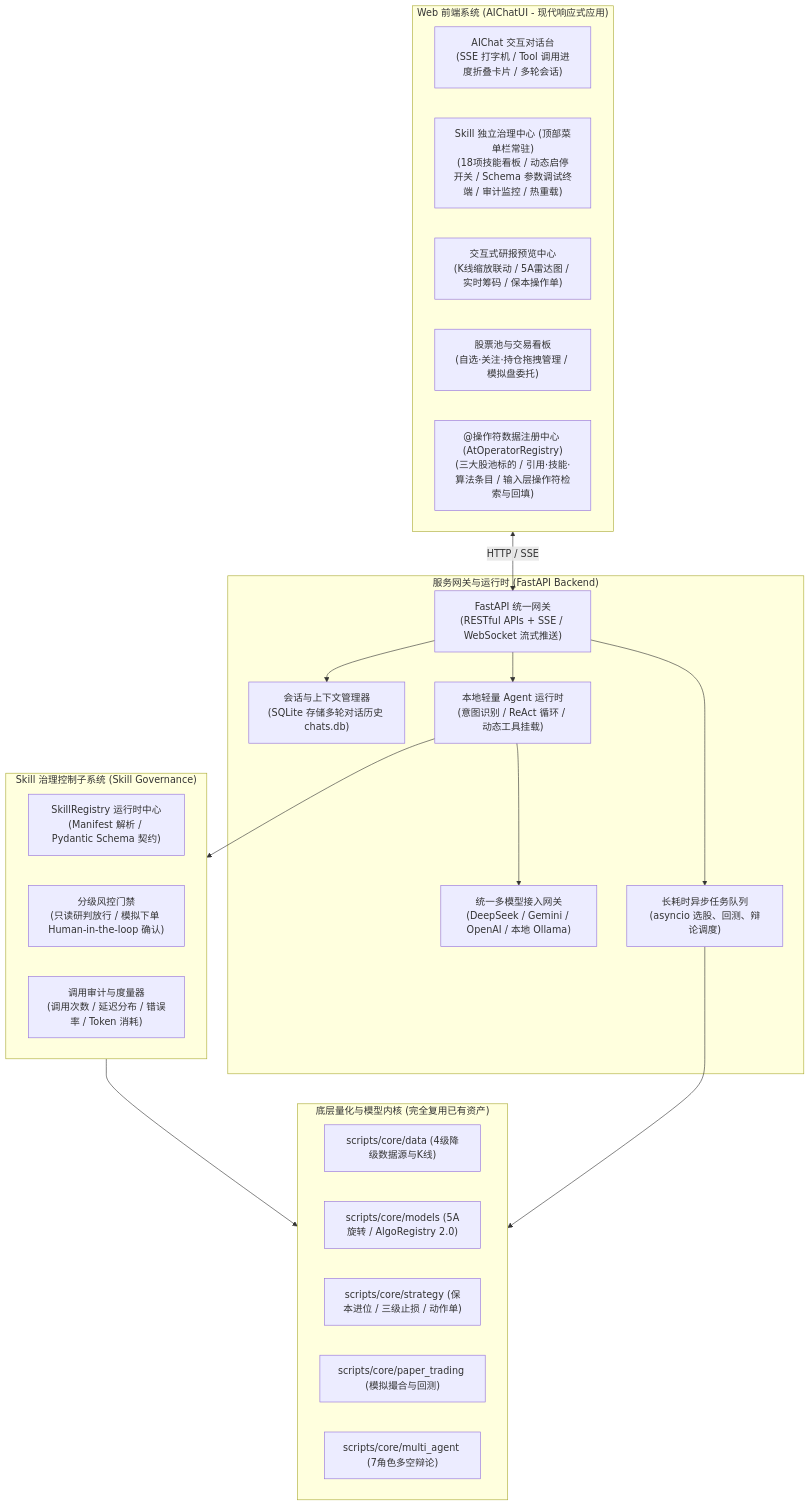
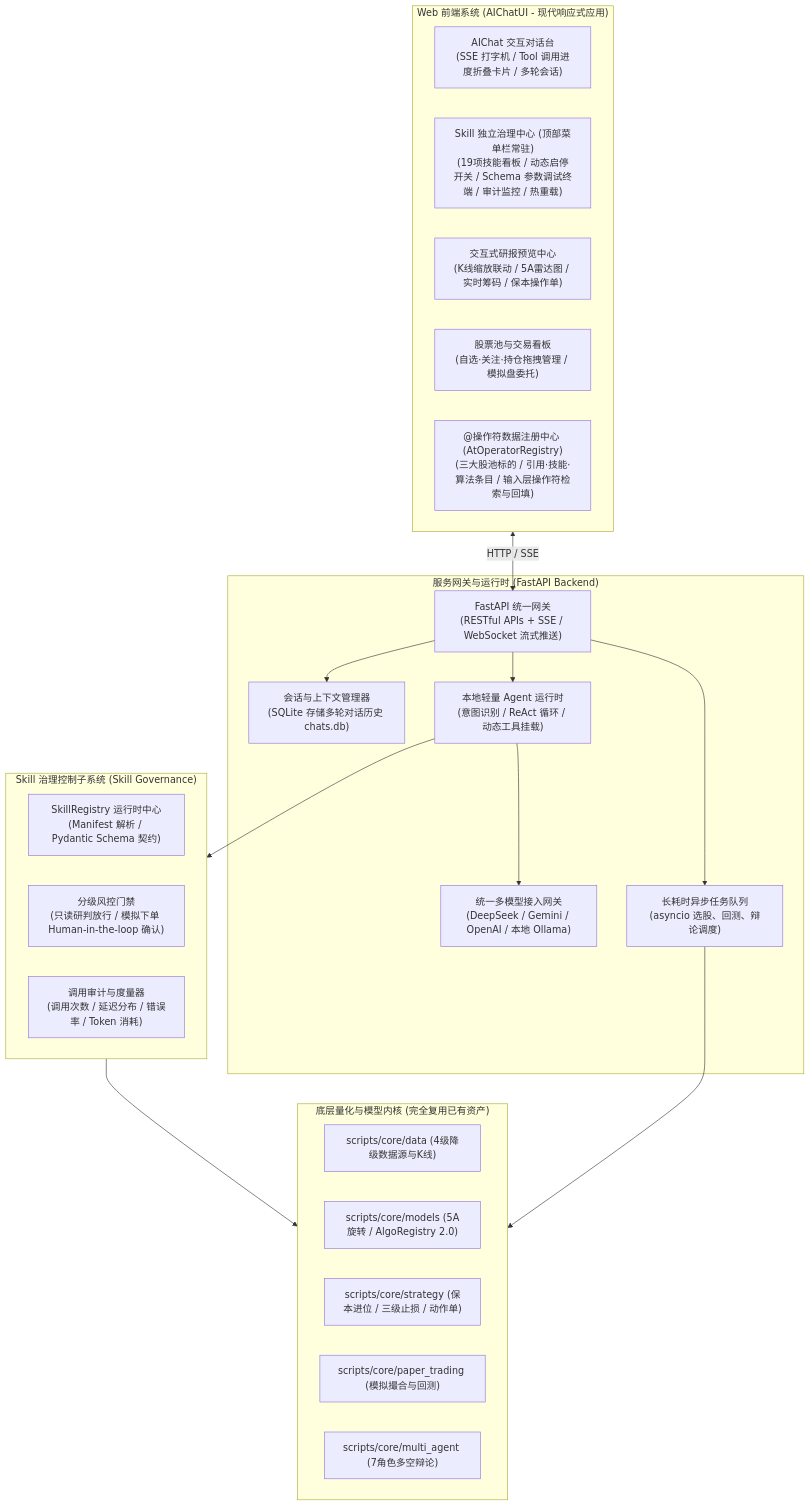
Before and after one commit to cvdnn/a_stock_agents: the first of 2 diagrams in docs/guidelines/architecture/web-aichat-architecture.md, drawn with Mermaid. The commit also changed other lines of this file and 21 other files, not shown here.

````diff
--- a/docs/guidelines/architecture/web-aichat-architecture.md
+++ b/docs/guidelines/architecture/web-aichat-architecture.md
@@ -26,41 +26,41 @@
 ```mermaid
 flowchart TB
     subgraph Client["Web 前端系统 (AIChatUI - 现代响应式应用)"]
         UI_Chat["AIChat 交互对话台\n(SSE 打字机 / Tool 调用进度折叠卡片 / 多轮会话)"]
-        UI_Gov["Skill 独立治理中心 (顶部菜单栏常驻)\n(18项技能看板 / 动态启停开关 / Schema 参数调试终端 / 审计监控 / 热重载)"]
+        UI_Gov["Skill 独立治理中心 (顶部菜单栏常驻)\n(19项技能看板 / 动态启停开关 / Schema 参数调试终端 / 审计监控 / 热重载)"]
         UI_Report["交互式研报预览中心\n(K线缩放联动 / 5A雷达图 / 实时筹码 / 保本操作单)"]
         UI_Pool["股票池与交易看板\n(自选·关注·持仓拖拽管理 / 模拟盘委托)"]
         UI_AtOp["@操作符数据注册中心 (AtOperatorRegistry)\n(三大股池标的 / 引用·技能·算法条目 / 输入层操作符检索与回填)"]
     end
 
     subgraph ServerGateway["服务网关与运行时 (FastAPI Backend)"]
         API["FastAPI 统一网关\n(RESTful APIs + SSE / WebSocket 流式推送)"]
         SessionMgr["会话与上下文管理器\n(SQLite 存储多轮对话历史 chats.db)"]
         Orchestrator["本地轻量 Agent 运行时\n(意图识别 / ReAct 循环 / 动态工具挂载)"]
         LLM_GW["统一多模型接入网关\n(DeepSeek / Gemini / OpenAI / 本地 Ollama)"]
         TaskWorker["长耗时异步任务队列\n(asyncio 选股、回测、辩论调度)"]
     end
 
     subgraph GovernanceLayer["Skill 治理控制子系统 (Skill Governance)"]
         SkillRegistry["SkillRegistry 运行时中心\n(Manifest 解析 / Pydantic Schema 契约)"]
         Gatekeeper["分级风控门禁\n(只读研判放行 / 模拟下单 Human-in-the-loop 确认)"]
         Auditor["调用审计与度量器\n(调用次数 / 延迟分布 / 错误率 / Token 消耗)"]
     end
 
     subgraph CoreEngine["底层量化与模型内核 (完全复用已有资产)"]
         Core_Data["scripts/core/data (4级降级数据源与K线)"]
         Core_Models["scripts/core/models (5A旋转 / AlgoRegistry 2.0)"]
         Core_Strategy["scripts/core/strategy (保本进位 / 三级止损 / 动作单)"]
         Core_Trade["scripts/core/paper_trading (模拟撮合与回测)"]
         Core_Debate["scripts/core/multi_agent (7角色多空辩论)"]
     end
 
     Client <-->|HTTP / SSE| API
     API --> SessionMgr
     API --> Orchestrator
     Orchestrator --> LLM_GW
     Orchestrator --> GovernanceLayer
     API --> TaskWorker
     GovernanceLayer --> CoreEngine
     TaskWorker --> CoreEngine
 ```
````
